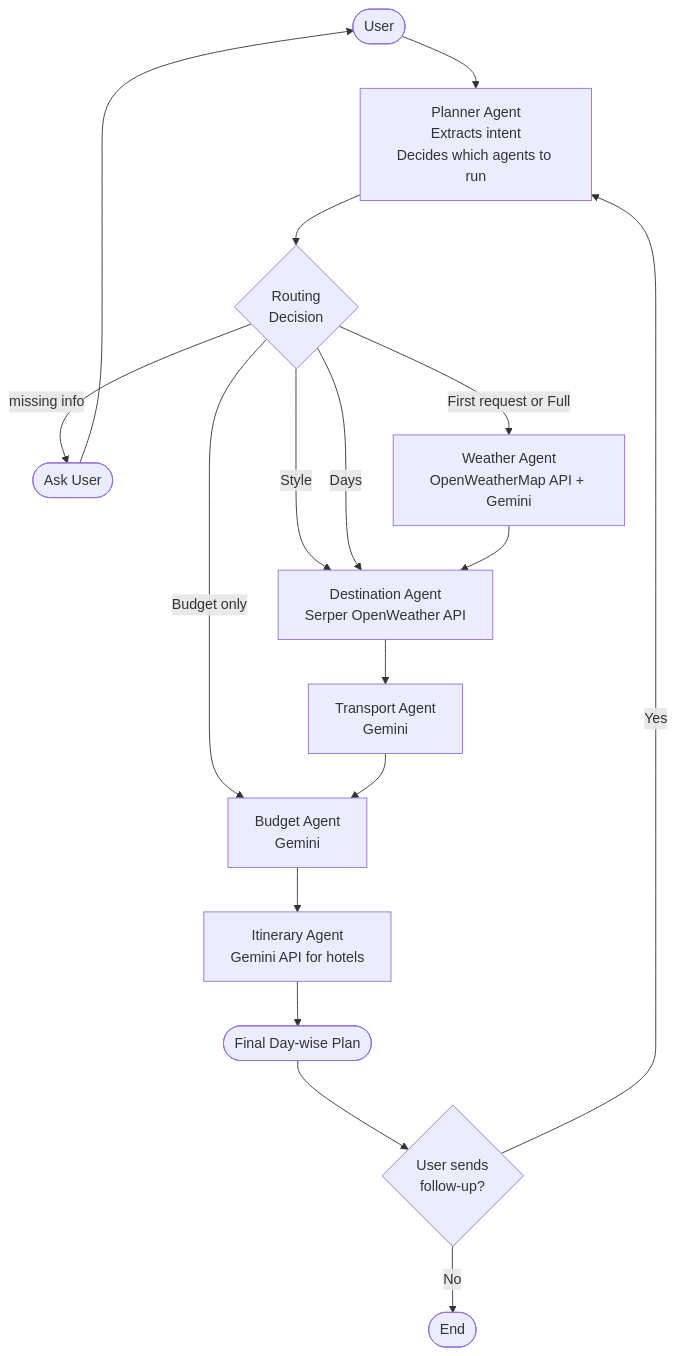
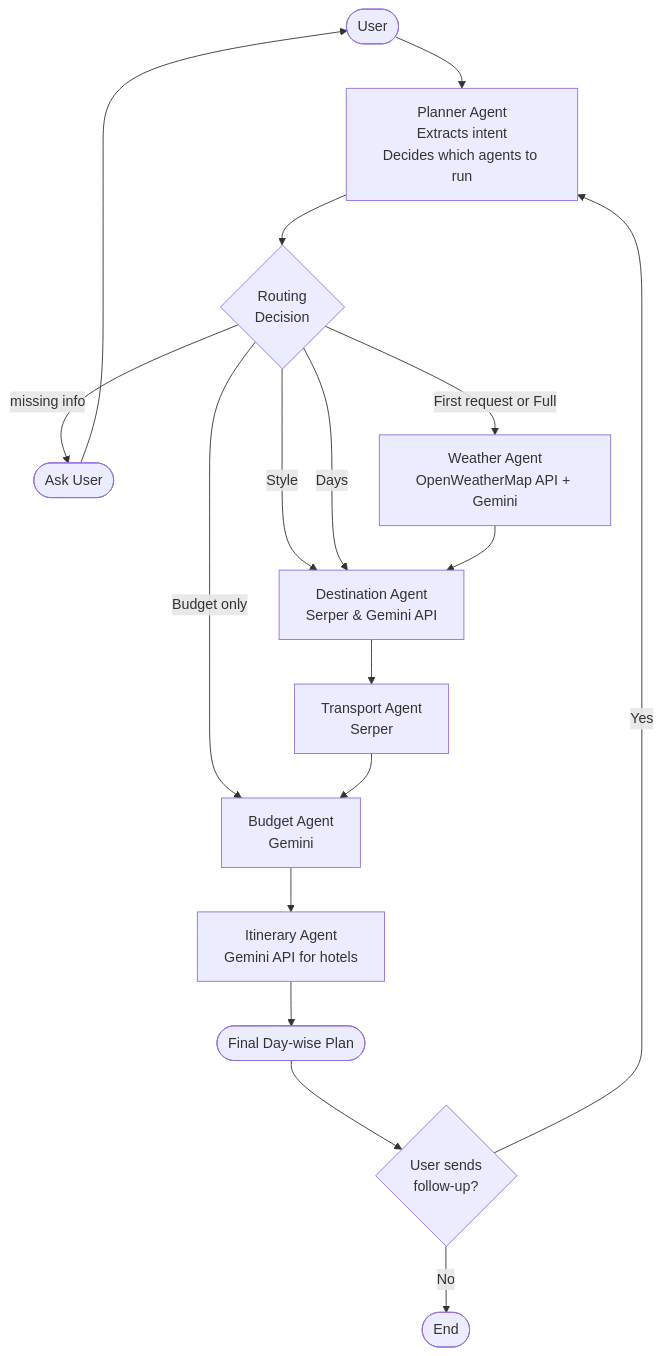
Before and after one commit to amitbhagat12/Smart_Trip_Planning_Assistant: the diagram in README.md, drawn with Mermaid.

Commit message:
Updated code

````diff
--- a/README.md
+++ b/README.md
@@ -13,35 +13,35 @@
 ```mermaid
 
 flowchart TD
 
    U([User]) --> PL[Planner Agent<br/>Extracts intent<br/>Decides which agents to run]
 
    PL --> RD{Routing<br/>Decision}
 
    RD -->|missing info| ASK([Ask User]) --> U
 
    RD -->|First request or Full| W[Weather Agent<br/>OpenWeatherMap API + Gemini]
 
    RD -->|Style| D
 
    RD -->|Days| D
 
    RD -->|Budget only| B
 
-   W --> D[Destination Agent<br/>Serper OpenWeather API]
+   W --> D[Destination Agent<br/>Serper & Gemini API]
 
-   D --> T[Transport Agent<br/>Gemini]
+   D --> T[Transport Agent<br/>Serper]
 
    T --> B[Budget Agent<br/>Gemini]
 
    B --> I[Itinerary Agent<br/>Gemini API for hotels]
 
    I --> OUT([Final Day-wise Plan])
 
    OUT --> FU{User sends<br/>follow-up?}
 
    FU -->|No| END([End])
 
    FU -->|Yes| PL
 
 ```
````
